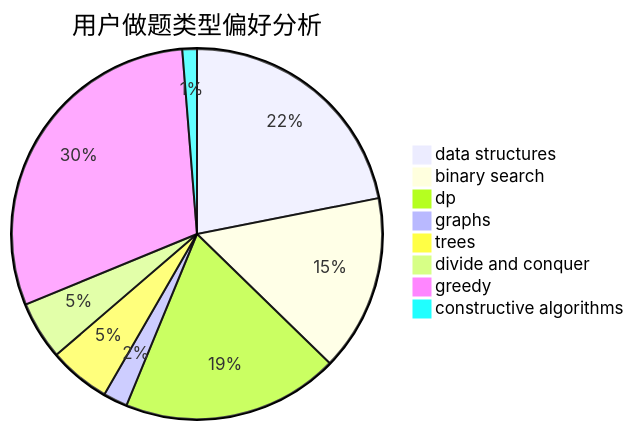
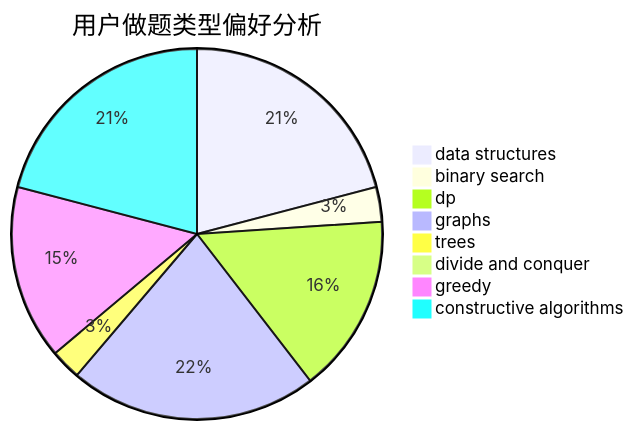
Before and after one commit to sherpahu/cfrs.github.io: the second of 3 diagrams in docs/user/u2134.md, drawn with Mermaid. The commit also changed other lines of this file and 2770 other files, not shown here.

````diff
--- a/docs/user/u2134.md
+++ b/docs/user/u2134.md
@@ -23,11 +23,11 @@
 ```mermaid
 pie title 用户做题类型偏好分析
-    "data structures" :  155
-    "binary search" :  109
-    "dp" :  134
-    "graphs" :  15
-    "trees" :  38
-    "divide and conquer" :  36
-    "greedy" :  212
-    "constructive algorithms" :  9
+    "data structures" :  55
+    "binary search" :  8
+    "dp" :  41
+    "graphs" :  57
+    "trees" :  7
+    "divide and conquer" :  1
+    "greedy" :  40
+    "constructive algorithms" :  55
 ```
````
